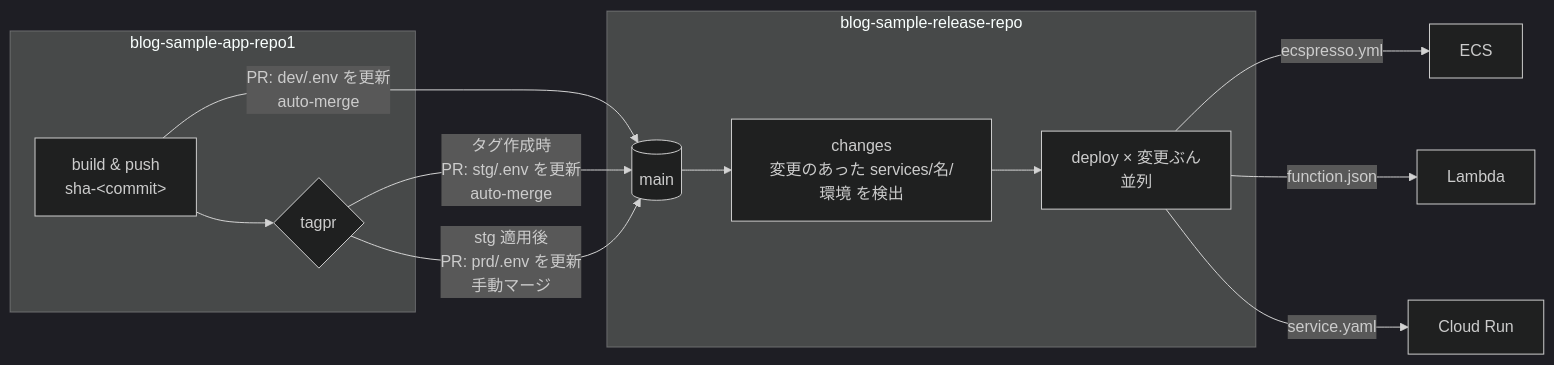
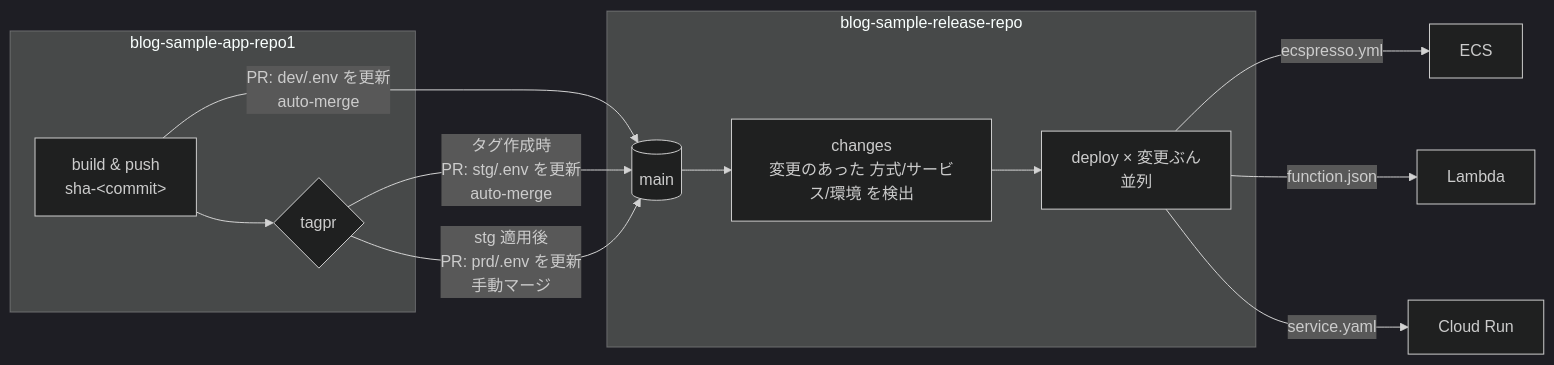
One commit to gainings/blog-sample-release-repo changed the diagram in README.md. Above: the diagram before and after it, drawn with Mermaid (dark theme). The commit also changed other lines of this file, not shown here.

````diff
--- a/README.md
+++ b/README.md
@@ -20,15 +21,15 @@
 ```mermaid
 flowchart LR
     subgraph app[blog-sample-app-repo1]
         B[build & push<br/>sha-&lt;commit&gt;] --> T{tagpr}
     end
     B -->|PR: dev/.env を更新<br/>auto-merge| M[(main)]
     T -->|タグ作成時<br/>PR: stg/.env を更新<br/>auto-merge| M
     T -->|stg 適用後<br/>PR: prd/.env を更新<br/>手動マージ| M
     subgraph rel[blog-sample-release-repo]
-        M --> C[changes<br/>変更のあった services/名/環境 を検出] --> X[deploy × 変更ぶん<br/>並列]
+        M --> C[changes<br/>変更のあった 方式/サービス/環境 を検出] --> X[deploy × 変更ぶん<br/>並列]
     end
     X -->|ecspresso.yml| ECS[ECS]
     X -->|function.json| LMB[Lambda]
     X -->|service.yaml| CR[Cloud Run]
 ```
````
